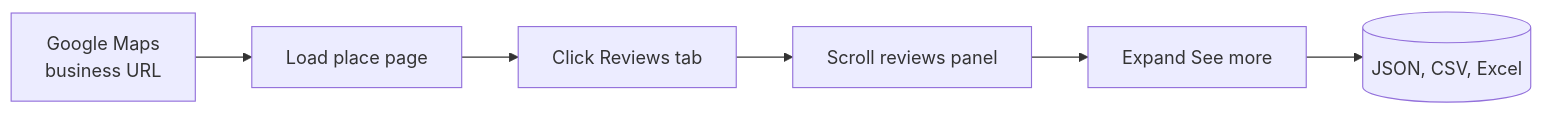
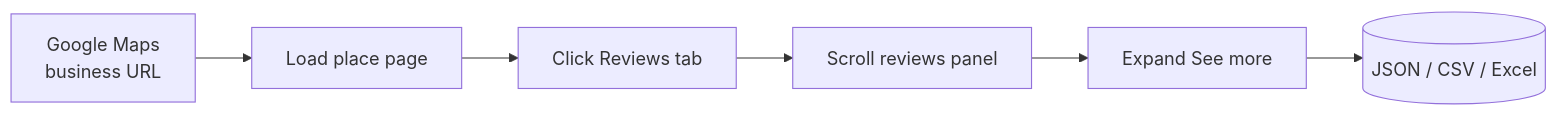
One commit to Ken-Mutisya/scrapemint changed the second of 4 diagrams in actors/google-reviews-intelligence/README.md. Above: the diagram before and after it, drawn with Mermaid. The commit also changed other lines of this file, not shown here.

````diff
--- a/actors/google-reviews-intelligence/README.md
+++ b/actors/google-reviews-intelligence/README.md
@@ -33,8 +33,8 @@
 ```mermaid
 flowchart LR
     A[Google Maps<br/>business URL] --> B[Load place page]
     B --> C[Click Reviews tab]
     C --> D[Scroll reviews panel]
     D --> E[Expand See more]
-    E --> F[(JSON, CSV, Excel)]
+    E --> F[(JSON / CSV / Excel)]
 ```
````
